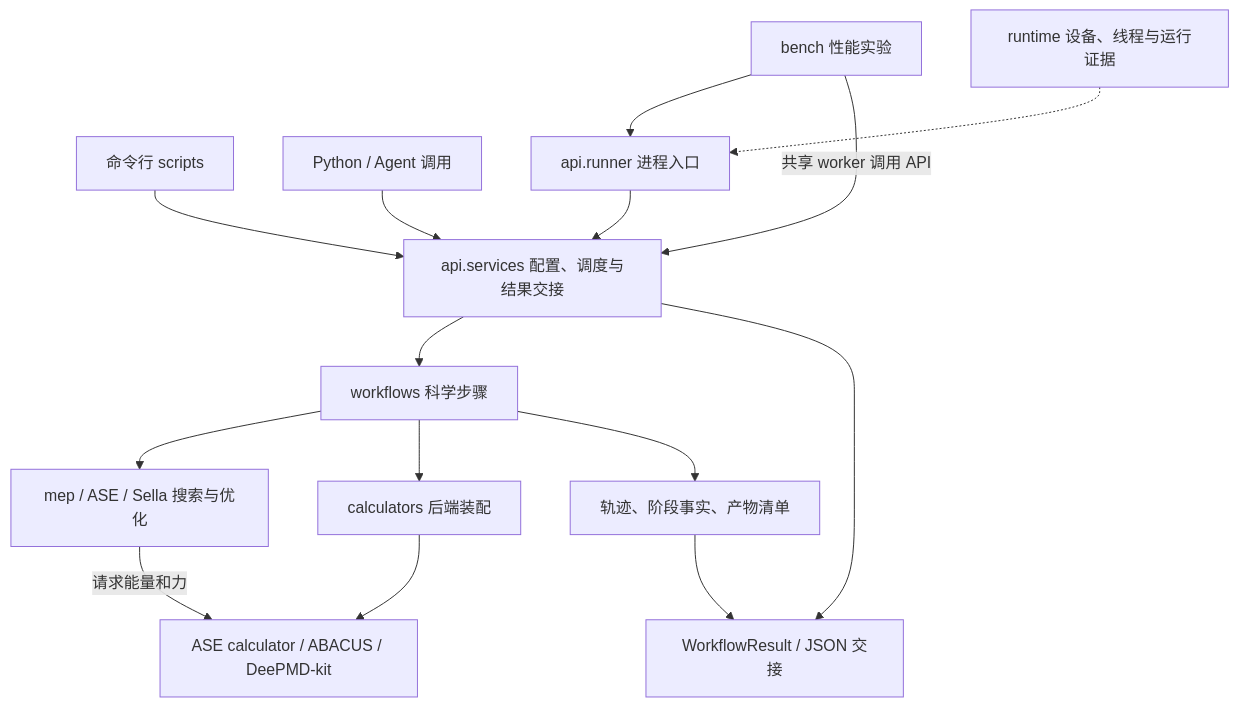
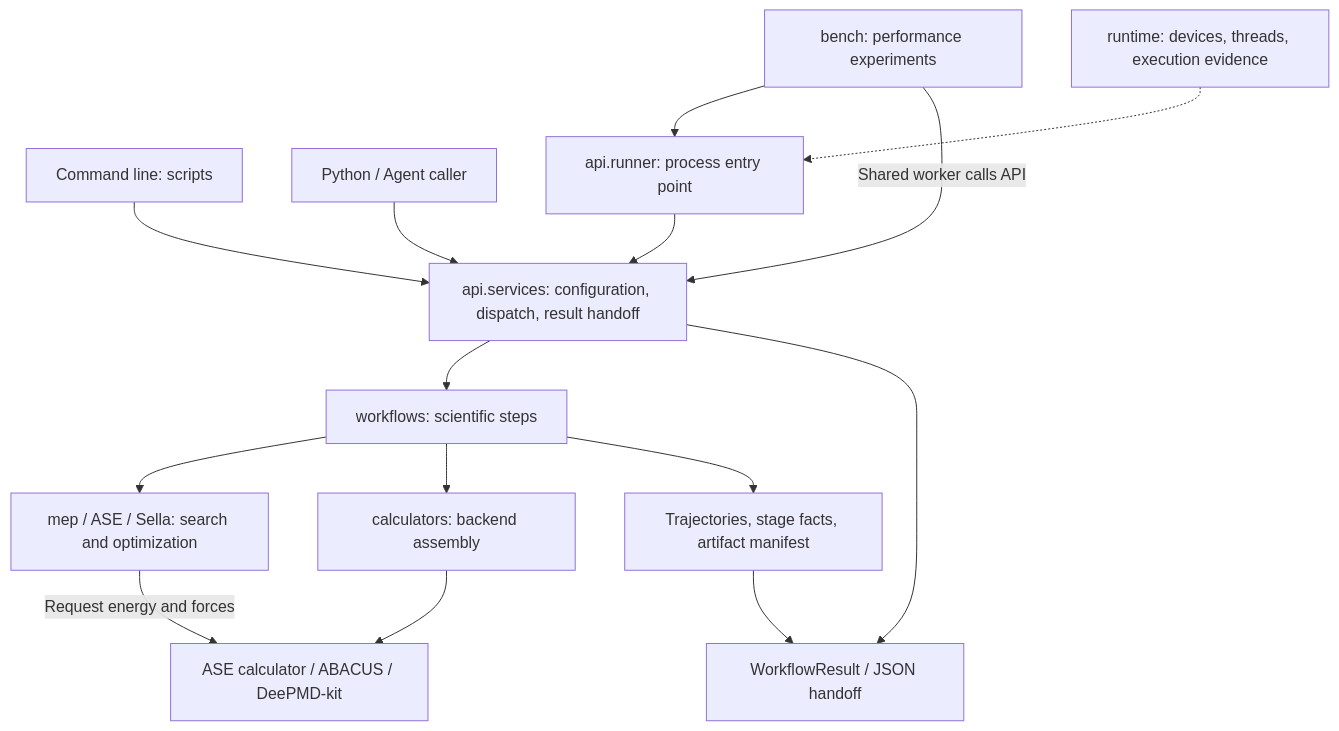
The diagram in src/atst_tools/README.md (QuantumMisaka/ATST-Tools), drawn with Mermaid before and after one commit. The commit also changed other lines of this file and 12 other files, not shown here.

````diff
--- a/src/atst_tools/README.md
+++ b/src/atst_tools/README.md
@@ -40,17 +35,17 @@
 ```mermaid
 flowchart TD
-    CLI["命令行 scripts"] --> API["api.services 配置、调度与结果交接"]
-    PY["Python / Agent 调用"] --> API
-    RUNNER["api.runner 进程入口"] --> API
-    BENCH["bench 性能实验"] --> RUNNER
-    BENCH -->|共享 worker 调用 API| API
-    RT["runtime 设备、线程与运行证据"] -.-> RUNNER
-    API --> WF["workflows 科学步骤"]
-    WF --> ALG["mep / ASE / Sella 搜索与优化"]
-    WF --> CALC["calculators 后端装配"]
-    ALG -->|请求能量和力| BACK["ASE calculator / ABACUS / DeePMD-kit"]
+    CLI["Command line: scripts"] --> API["api.services: configuration, dispatch, result handoff"]
+    PY["Python / Agent caller"] --> API
+    RUNNER["api.runner: process entry point"] --> API
+    BENCH["bench: performance experiments"] --> RUNNER
+    BENCH -->|Shared worker calls API| API
+    RT["runtime: devices, threads, execution evidence"] -.-> RUNNER
+    API --> WF["workflows: scientific steps"]
+    WF --> ALG["mep / ASE / Sella: search and optimization"]
+    WF --> CALC["calculators: backend assembly"]
+    ALG -->|Request energy and forces| BACK["ASE calculator / ABACUS / DeePMD-kit"]
     CALC --> BACK
-    WF --> OUT["轨迹、阶段事实、产物清单"]
-    API --> RESULT["WorkflowResult / JSON 交接"]
+    WF --> OUT["Trajectories, stage facts, artifact manifest"]
+    API --> RESULT["WorkflowResult / JSON handoff"]
     OUT --> RESULT
 ```
````
